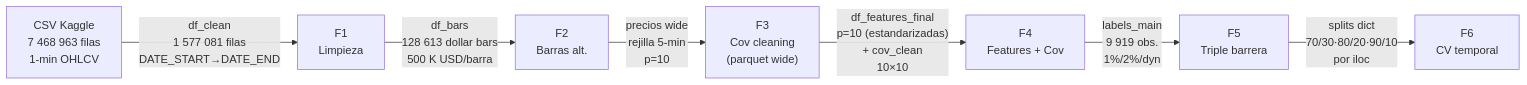
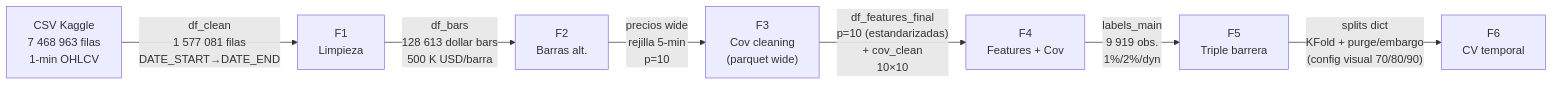
Before and after one commit to Romequinco/TAREA_PROCESADO_DATOS_FINANCIEROS_PARA_MACHINE_LEARNING: the first of 2 diagrams in docs/DEFENSA_ORAL.md, drawn with Mermaid. The commit also changed other lines of this file, not shown here.

````diff
--- a/docs/DEFENSA_ORAL.md
+++ b/docs/DEFENSA_ORAL.md
@@ -8,17 +8,17 @@
 ```mermaid
 flowchart LR
     RAW["CSV Kaggle\n7 468 963 filas\n1-min OHLCV"]
     F1["F1\nLimpieza"]
     F2["F2\nBarras alt."]
     F3["F3\nCov cleaning\n(parquet wide)"]
     F4["F4\nFeatures + Cov"]
     F5["F5\nTriple barrera"]
     F6["F6\nCV temporal"]
 
     RAW -->|"df_clean\n1 577 081 filas\nDATE_START→DATE_END"| F1
     F1 -->|"df_bars\n128 613 dollar bars\n500 K USD/barra"| F2
     F2 -->|"precios wide\nrejilla 5-min\np=10"| F3
     F3 -->|"df_features_final\np=10 (estandarizadas)\n+ cov_clean\n10×10"| F4
     F4 -->|"labels_main\n9 919 obs.\n1%/2%/dyn"| F5
-    F5 -->|"splits dict\n70/30·80/20·90/10\npor iloc"| F6
+    F5 -->|"splits dict\nKFold + purge/embargo\n(config visual 70/80/90)"| F6
 ```
````
